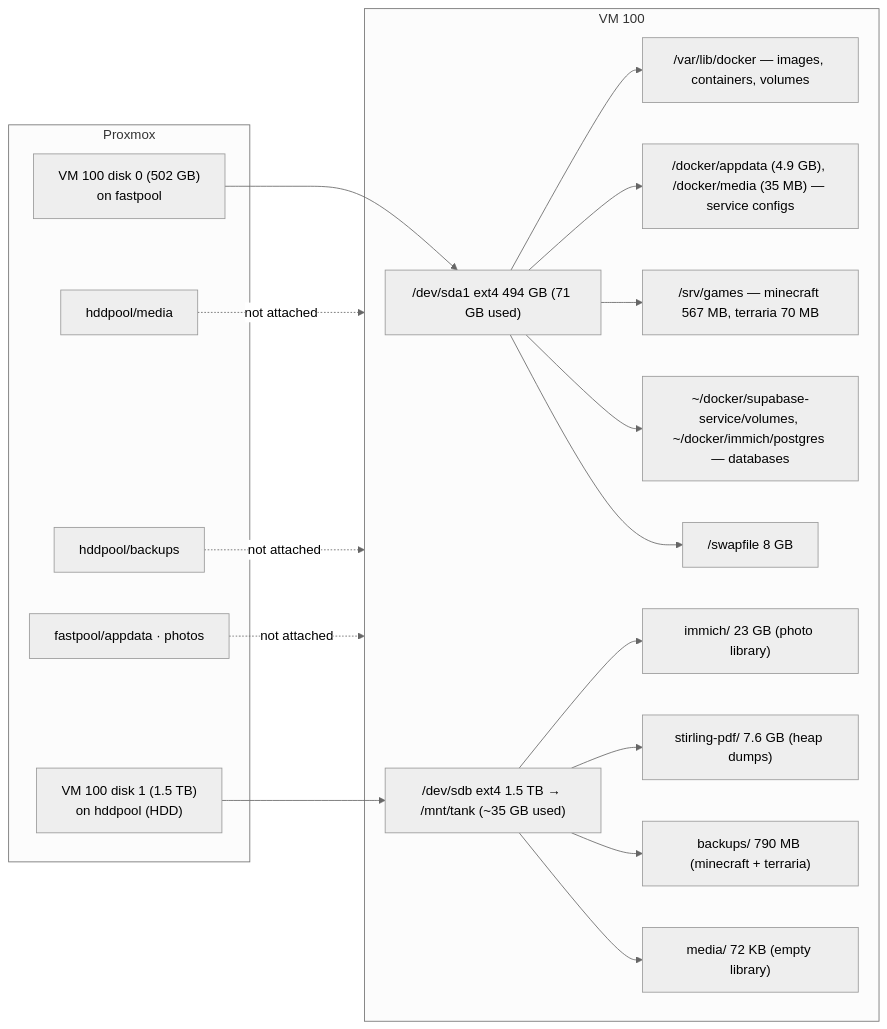
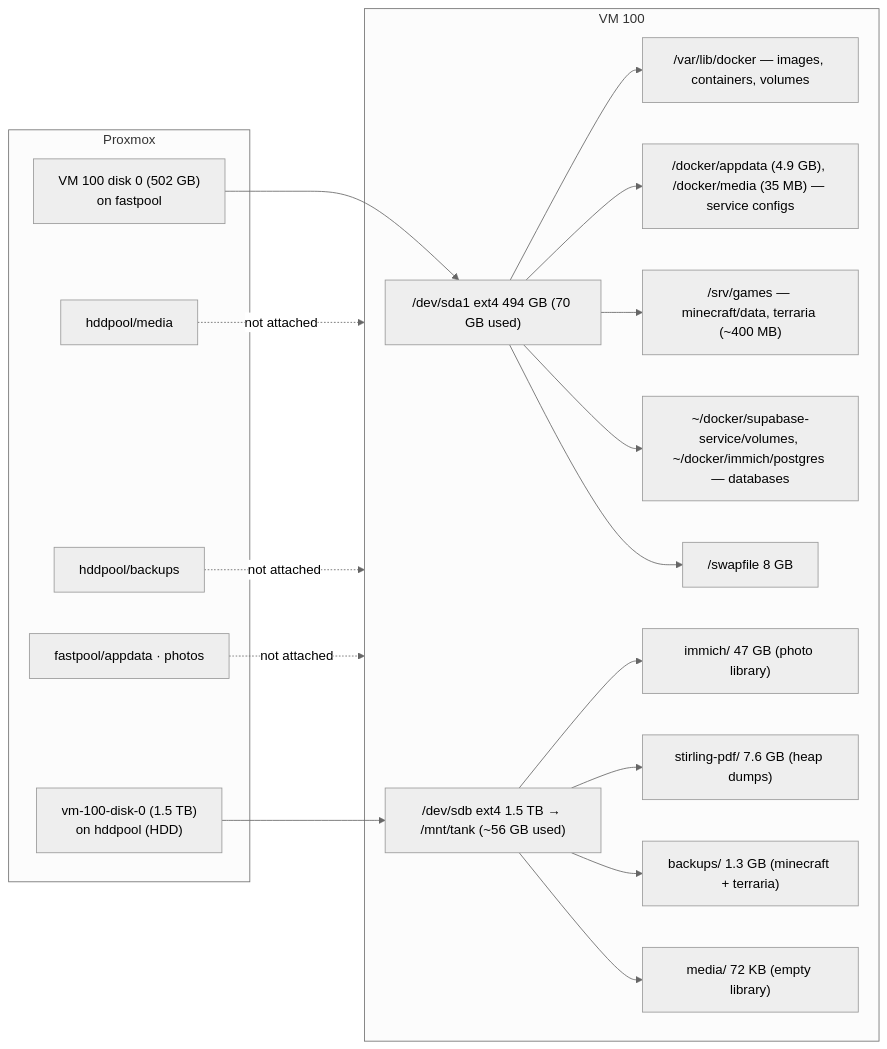
Before and after one commit to BigBoiToasty/homelab-docs: the second of 2 diagrams in architecture/host-and-vm.md, drawn with Mermaid (neutral theme). The commit also changed other lines of this file and 7 other files, not shown here.

Commit message:
docs: Ollama on GPU, Minecraft world restored, VM backup plan on hddpool

````diff
--- a/architecture/host-and-vm.md
+++ b/architecture/host-and-vm.md
@@ -71,28 +84,28 @@
 ```mermaid
 flowchart LR
     subgraph PVE["Proxmox"]
         A["VM 100 disk 0 (502 GB)<br/>on fastpool"]
-        B["VM 100 disk 1 (1.5 TB)<br/>on hddpool (HDD)"]
+        B["vm-100-disk-0 (1.5 TB)<br/>on hddpool (HDD)"]
         E["hddpool/media"]
         F["hddpool/backups"]
         C["fastpool/appdata · photos"]
     end
     subgraph VM["VM 100"]
-        SDA["/dev/sda1 ext4 494 GB (71 GB used)"]
+        SDA["/dev/sda1 ext4 494 GB (70 GB used)"]
         SDA --> R1["/var/lib/docker — images, containers, volumes"]
         SDA --> R2["/docker/appdata (4.9 GB), /docker/media (35 MB) — service configs"]
-        SDA --> R3["/srv/games — minecraft 567 MB, terraria 70 MB"]
+        SDA --> R3["/srv/games — minecraft/data, terraria (~400 MB)"]
         SDA --> R4["~/docker/supabase-service/volumes, ~/docker/immich/postgres — databases"]
         SDA --> R5["/swapfile 8 GB"]
-        SDB["/dev/sdb ext4 1.5 TB → /mnt/tank (~35 GB used)"]
-        SDB --> T1["immich/ 23 GB (photo library)"]
+        SDB["/dev/sdb ext4 1.5 TB → /mnt/tank (~56 GB used)"]
+        SDB --> T1["immich/ 47 GB (photo library)"]
         SDB --> T2["stirling-pdf/ 7.6 GB (heap dumps)"]
-        SDB --> T3["backups/ 790 MB (minecraft + terraria)"]
+        SDB --> T3["backups/ 1.3 GB (minecraft + terraria)"]
         SDB --> T4["media/ 72 KB (empty library)"]
     end
     A --> SDA
     B --> SDB
     E -. "not attached" .-> VM
     F -. "not attached" .-> VM
     C -. "not attached" .-> VM
 ```
````
